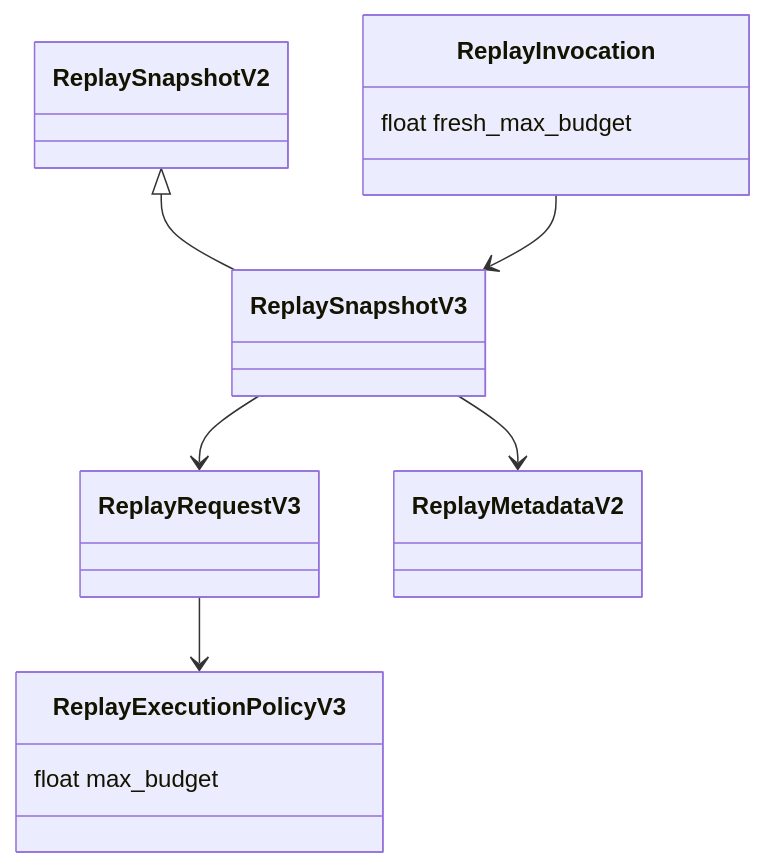
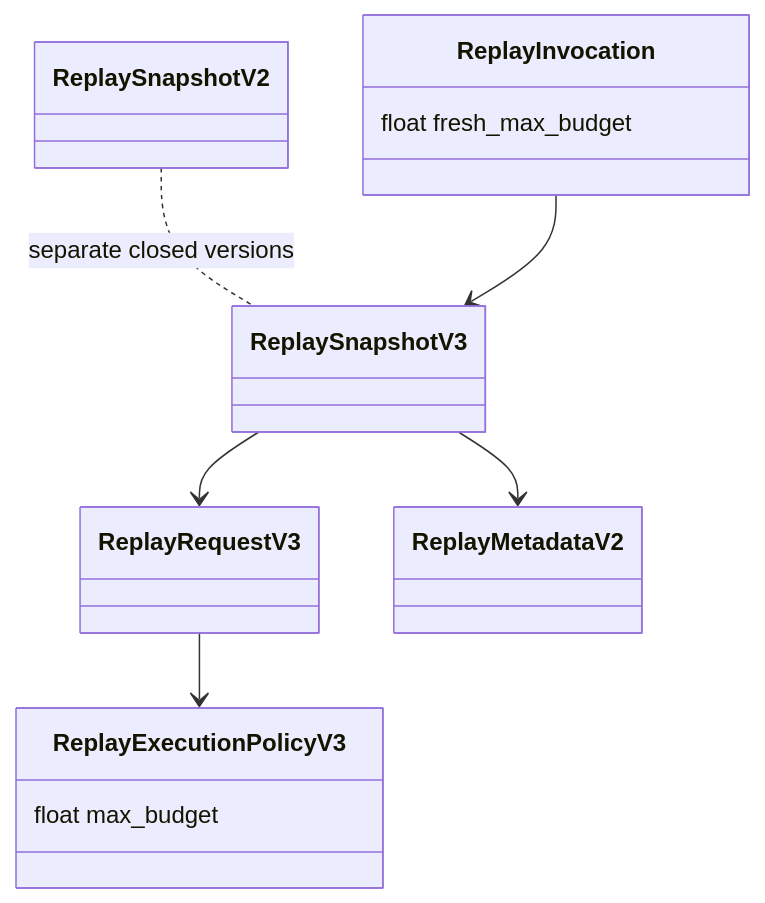
The second of 2 diagrams in docs/plans/100_budget_complete_call_snapshot_v3.md (Inside-Success/llm_client), drawn with Mermaid before and after one commit. The commit also changed other lines of this file and 18 other files, not shown here.

````diff
--- a/docs/plans/100_budget_complete_call_snapshot_v3.md
+++ b/docs/plans/100_budget_complete_call_snapshot_v3.md
@@ -70,10 +70,10 @@
 ```mermaid
 classDiagram
-  ReplaySnapshotV2 <|-- ReplaySnapshotV3
+  ReplaySnapshotV2 .. ReplaySnapshotV3 : separate closed versions
   ReplaySnapshotV3 --> ReplayRequestV3
   ReplayRequestV3 --> ReplayExecutionPolicyV3
   ReplayExecutionPolicyV3 : float max_budget
   ReplaySnapshotV3 --> ReplayMetadataV2
   ReplayInvocation --> ReplaySnapshotV3
   ReplayInvocation : float fresh_max_budget
 ```
````
